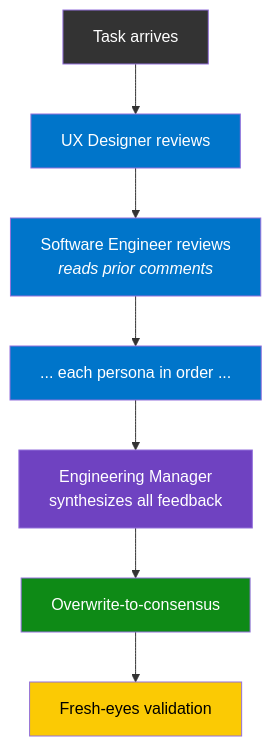
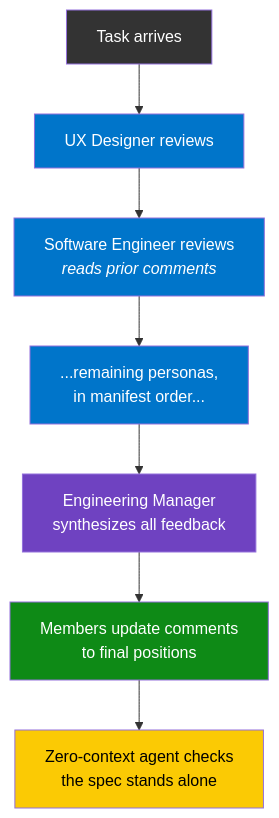
The third of 3 diagrams in docs/concepts.md (suniljames/directives), drawn with Mermaid before and after one commit. The commit also changed other lines of this file and 76 other files, not shown here.

````diff
--- a/docs/concepts.md
+++ b/docs/concepts.md
@@ -154,17 +154,17 @@
 ```mermaid
 graph TD
     A["Task arrives"] --> B["UX Designer reviews"]
     B --> C["Software Engineer reviews<br/><em>reads prior comments</em>"]
-    C --> D["... each persona in order ..."]
+    C --> D["...remaining personas,<br/>in manifest order..."]
     D --> E["Engineering Manager<br/>synthesizes all feedback"]
-    E --> F["Overwrite-to-consensus"]
-    F --> G["Fresh-eyes validation"]
+    E --> F["Members update comments<br/>to final positions"]
+    F --> G["Zero-context agent checks<br/>the spec stands alone"]
 
     style A fill:#333,color:#fff
     style B fill:#0075ca,color:#fff
     style C fill:#0075ca,color:#fff
     style D fill:#0075ca,color:#fff
     style E fill:#6f42c1,color:#fff
     style F fill:#0e8a16,color:#fff
     style G fill:#fbca04,color:#000
 ```
````
